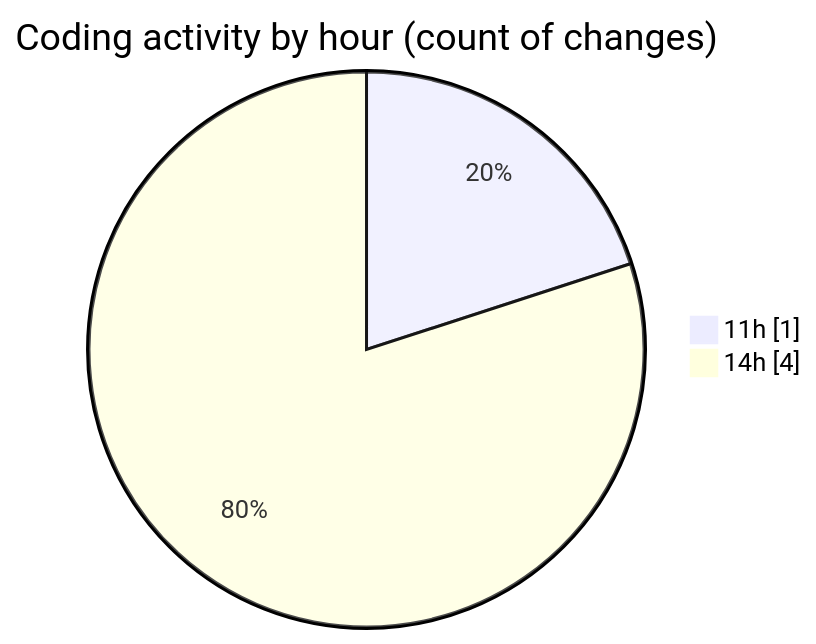
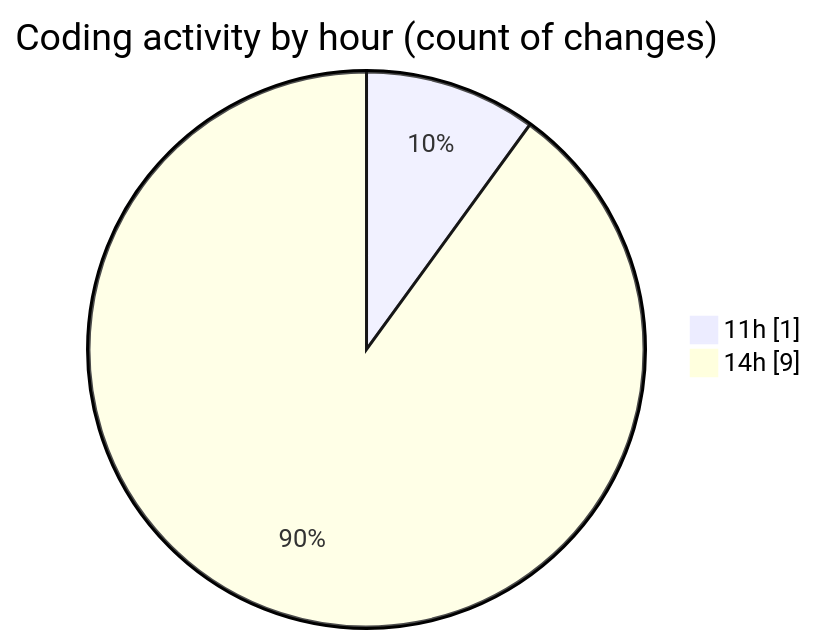
Before and after one commit to igalym/code-tracking: the second of 2 diagrams in 2025-12-29/budget_front_nest/README.md, drawn with Mermaid. The commit also changed other lines of this file and 1 other file, not shown here.

````diff
--- a/2025-12-29/budget_front_nest/README.md
+++ b/2025-12-29/budget_front_nest/README.md
@@ -30,6 +32,6 @@
 ```mermaid
 pie showData
 title Coding activity by hour (count of changes)
 "11h" : 1
-"14h" : 4
+"14h" : 9
 ```
````
